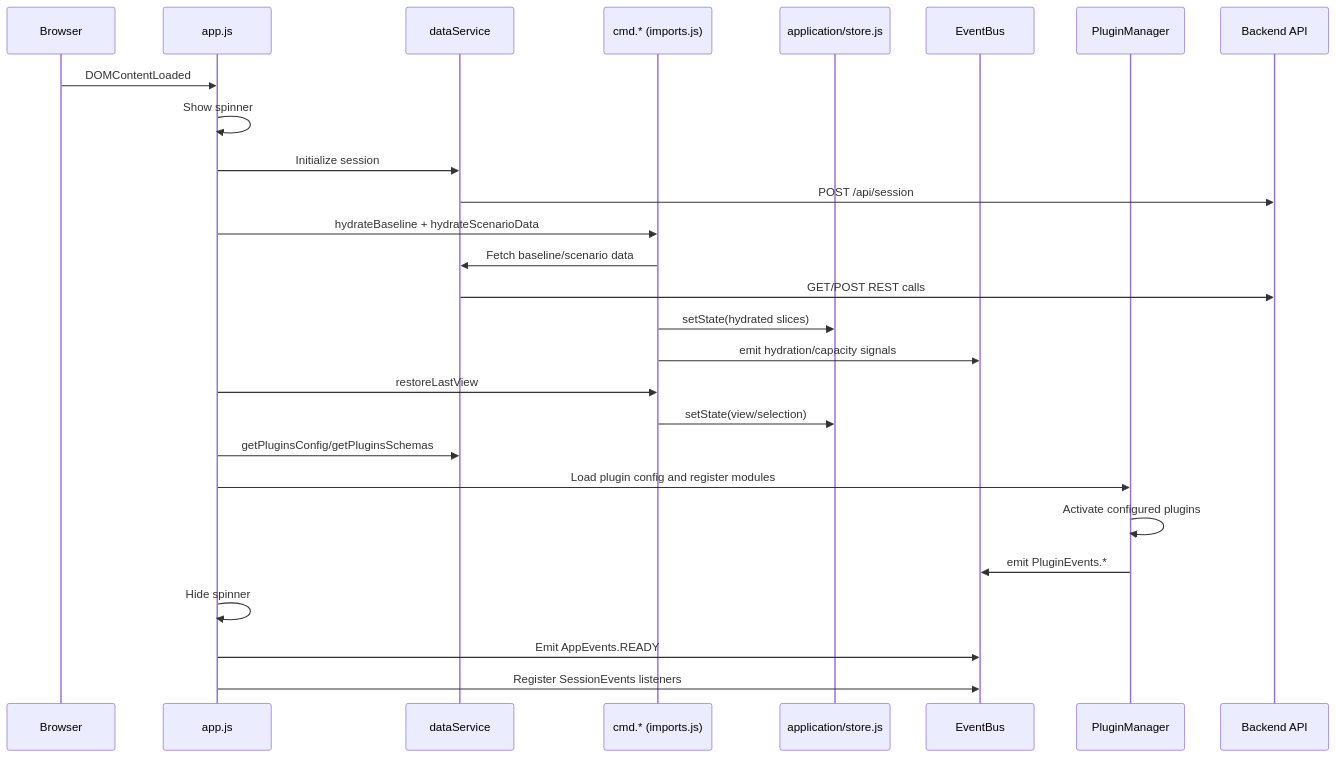
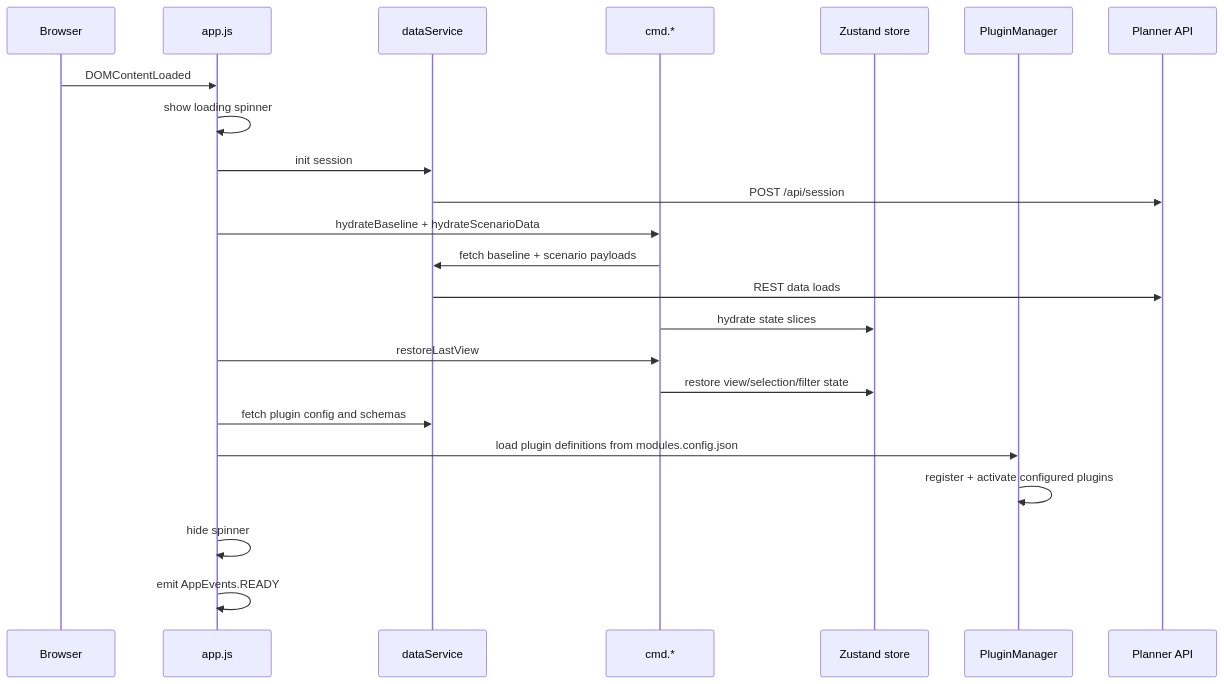
The third of 4 diagrams in docs/ARCHITECTURE.md (kpoppel/PlannerTool), drawn with Mermaid before and after one commit. The commit also changed other lines of this file and 4 other files, not shown here.

````diff
--- a/docs/ARCHITECTURE.md
+++ b/docs/ARCHITECTURE.md
@@ -194,30 +183,26 @@
 ```mermaid
 sequenceDiagram
-    participant Browser as Browser
+    participant Browser
     participant App as app.js
-    participant DS as dataService
-    participant Cmd as cmd.* (imports.js)
-    participant Store as application/store.js
-    participant Bus as EventBus
+    participant Data as dataService
+    participant Cmd as cmd.*
+    participant Store as Zustand store
     participant PM as PluginManager
-    participant API as Backend API
+    participant API as Planner API
 
     Browser->>App: DOMContentLoaded
-    App->>App: Show spinner
-    App->>DS: Initialize session
-    DS->>API: POST /api/session
+    App->>App: show loading spinner
+    App->>Data: init session
+    Data->>API: POST /api/session
     App->>Cmd: hydrateBaseline + hydrateScenarioData
-    Cmd->>DS: Fetch baseline/scenario data
-    DS->>API: GET/POST REST calls
-    Cmd->>Store: setState(hydrated slices)
-    Cmd->>Bus: emit hydration/capacity signals
+    Cmd->>Data: fetch baseline + scenario payloads
+    Data->>API: REST data loads
+    Cmd->>Store: hydrate state slices
     App->>Cmd: restoreLastView
-    Cmd->>Store: setState(view/selection)
-    App->>DS: getPluginsConfig/getPluginsSchemas
-    App->>PM: Load plugin config and register modules
-    PM->>PM: Activate configured plugins
-    PM->>Bus: emit PluginEvents.*
-    App->>App: Hide spinner
-    App->>Bus: Emit AppEvents.READY
-    App->>Bus: Register SessionEvents listeners
+    Cmd->>Store: restore view/selection/filter state
+    App->>Data: fetch plugin config and schemas
+    App->>PM: load plugin definitions from modules.config.json
+    PM->>PM: register + activate configured plugins
+    App->>App: hide spinner
+    App->>App: emit AppEvents.READY
 ```
````
